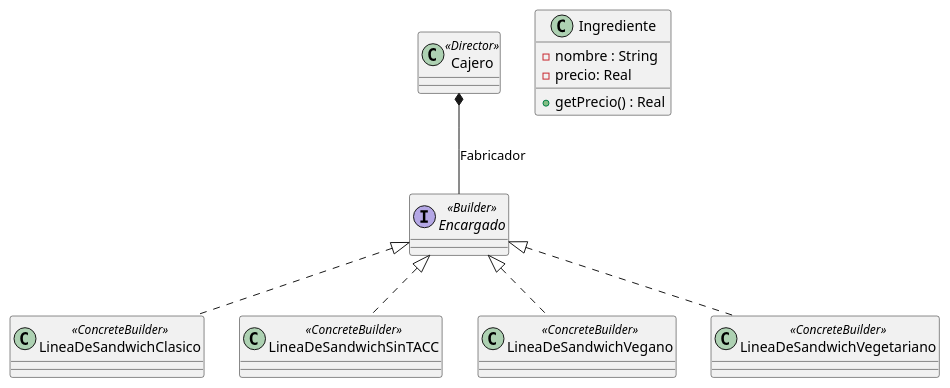
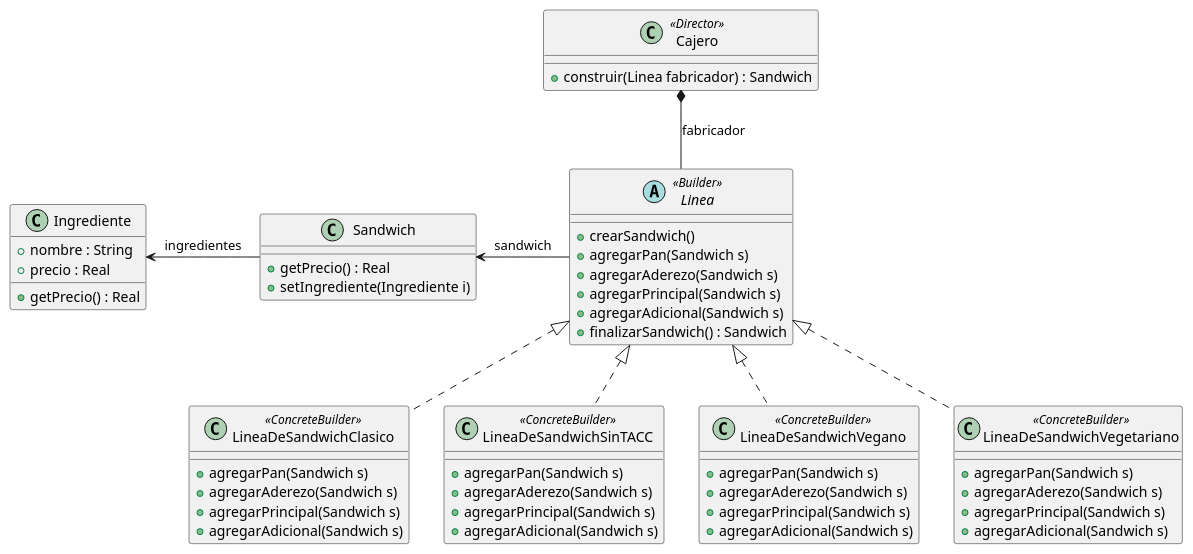
The diagram in Objetos 2/UMLs/Ejercicio13Patrones.puml (BautistaMarquez/Tercero-PrimerCuatrimestre), drawn with PlantUML before and after one commit. The commit also changed 4 other files, not shown here.

```diff
--- a/Objetos 2/UMLs/Ejercicio13Patrones.puml
+++ b/Objetos 2/UMLs/Ejercicio13Patrones.puml
@@ -1,42 +1,70 @@
 @startuml Ejercicio13
 
-Cajero *-- Encargado : Fabricador 
-Encargado <|.. LineaDeSandwichClasico
-Encargado <|.. LineaDeSandwichSinTACC
-Encargado <|.. LineaDeSandwichVegano
-Encargado <|.. LineaDeSandwichVegetariano
+Cajero *-- Linea : fabricador 
+Linea <|.. LineaDeSandwichClasico
+Linea <|.. LineaDeSandwichSinTACC
+Linea <|.. LineaDeSandwichVegano
+Linea <|.. LineaDeSandwichVegetariano
+Ingrediente <- Sandwich : ingredientes
+Sandwich <- Linea : sandwich
 
-'Se supone que el cajero define el orden de como se arma, el encargado tiene que tener lo mensajes de "Iniciar" y "Terminar" y las lineas saben hacer el resto de cosas, el tema aca es en este caso. Entiendo que es simplemente formar un string en el cual cada uno pone el nombre del ingrediente o NO tenemos un objeto ingrediente un objeto pan etc etc etc. o capaz seria mas logico que sea mas simple para este caso y sea el objeto elemento de la hamburguesa que basicamente tiene una descripcion o nombre con el precio y sabe retornar el precio O el product es la Hamburguesa y estos la "construyen" pero la hamburguesa se conforma de otros objetos o solo tiene una lista, capaz pueda tener una lista. Pero si por ahi va la mano.'
-'Me parece lo mejor sea hamburguesa con una lista de ingredientes.'
-class Cajero <<Director>>{
+'Consultar tema Builder en general, los UMLs de ejemplo que hay no me aclaran mucho'
 
+'En este caso el tema del orden no importaria mucho porque ni siquiera piden que imprimamos un String, por eso me resulta medio engorroso'
+'En este caso no imporataria pero se supone que el cliente le indicaria al director por medio de un mensaje o x que fabricador tiene que setear se supone?'
+'Director setea el orden en Construir'
+class Cajero <<Director>>{  
+    +construir(Linea fabricador) : Sandwich
 }
 
-interface Encargado <<Builder>>{
-
+'Builder sabe consturir pero no sabe el orden'
+abstract class Linea <<Builder>>{
+    +crearSandwich() 
+    +agregarPan(Sandwich s)
+    +agregarAderezo(Sandwich s)
+    +agregarPrincipal(Sandwich s)
+    +agregarAdicional(Sandwich s)
+    +finalizarSandwich() : Sandwich
 } 
 
 class LineaDeSandwichClasico <<ConcreteBuilder>>{
-
+    +agregarPan(Sandwich s)
+    +agregarAderezo(Sandwich s)
+    +agregarPrincipal(Sandwich s)
+    +agregarAdicional(Sandwich s)
 }
 
 class LineaDeSandwichVegetariano <<ConcreteBuilder>>{
-
+    +agregarPan(Sandwich s)
+    +agregarAderezo(Sandwich s)
+    +agregarPrincipal(Sandwich s)
+    +agregarAdicional(Sandwich s)
 }
 
 class LineaDeSandwichVegano <<ConcreteBuilder>>{
-
+    +agregarPan(Sandwich s)
+    +agregarAderezo(Sandwich s)
+    +agregarPrincipal(Sandwich s)
+    +agregarAdicional(Sandwich s)
 }
 
 class LineaDeSandwichSinTACC <<ConcreteBuilder>>{
+    +agregarPan(Sandwich s)
+    +agregarAderezo(Sandwich s)
+    +agregarPrincipal(Sandwich s)
+    +agregarAdicional(Sandwich s)
+}
 
+class Sandwich{
+    +getPrecio() : Real
+    +setIngrediente(Ingrediente i)
 }
 
 class Ingrediente{
-    -nombre : String 
-    -precio: Real 
+    +nombre : String 
+    +precio : Real
     +getPrecio() : Real
 }
 
 
 @enduml 
```
